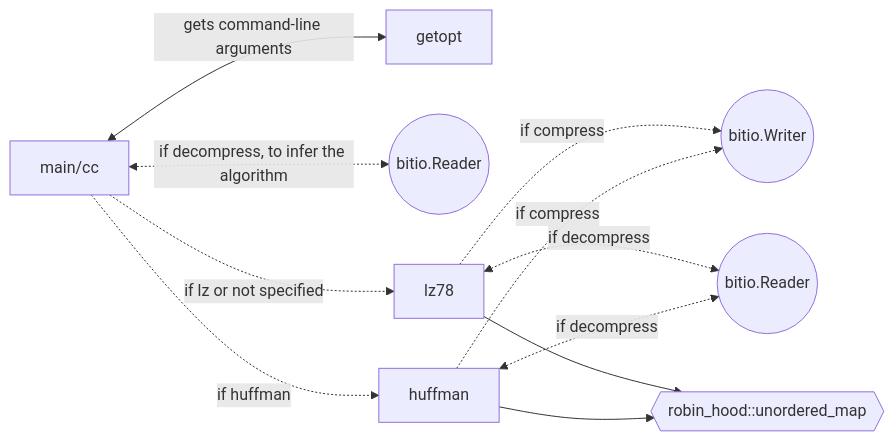
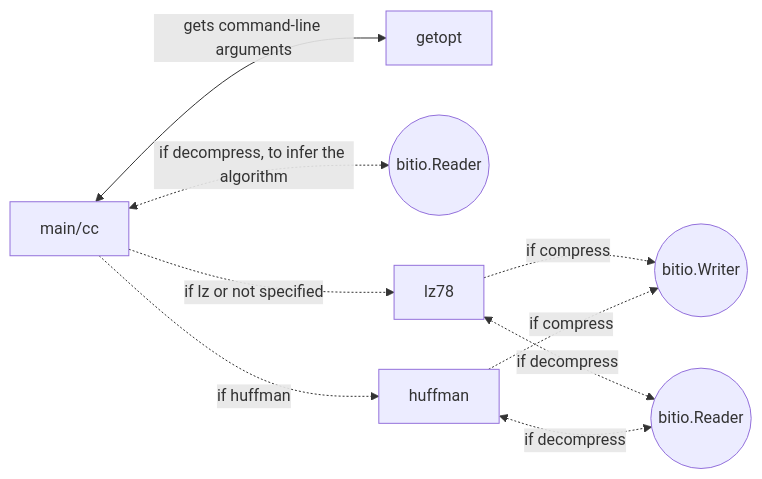
The diagram in docs/implementationreport.md (oskarruo/tiralabra), drawn with Mermaid before and after one commit. The commit also changed other lines of this file, not shown here.

````diff
--- a/docs/implementationreport.md
+++ b/docs/implementationreport.md
@@ -32,13 +32,11 @@
 ```mermaid
 flowchart LR
   A[main/cc] <-->|gets command-line arguments| B[getopt]
   A <-.->|if decompress, to infer the algorithm| G((bitio.Reader))
   A -.->|if lz or not specified| C[lz78]
   A -.->|if huffman| D[huffman]
   C -.->|if compress| E((bitio.Writer))
   C <-.->|if decompress| F((bitio.Reader))
   D -.->|if compress| E((bitio.Writer))
   D <-.->|if decompress| F((bitio.Reader))
-  C --> H{{robin_hood::unordered_map}}
-  D --> H{{robin_hood::unordered_map}}
 ```
````
